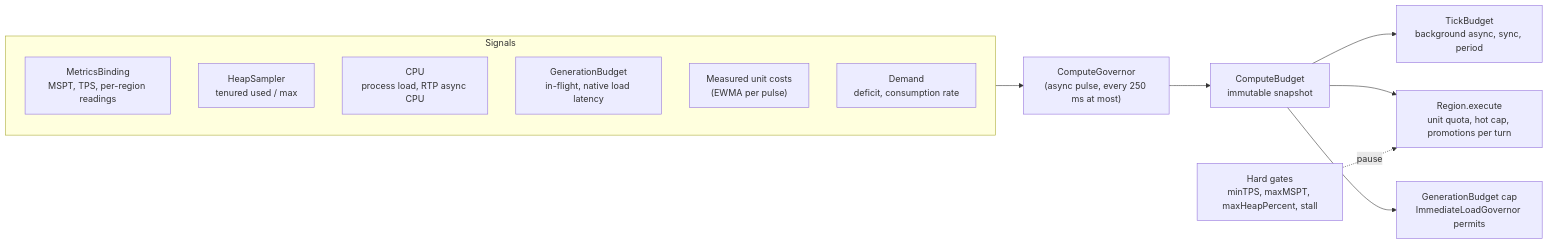
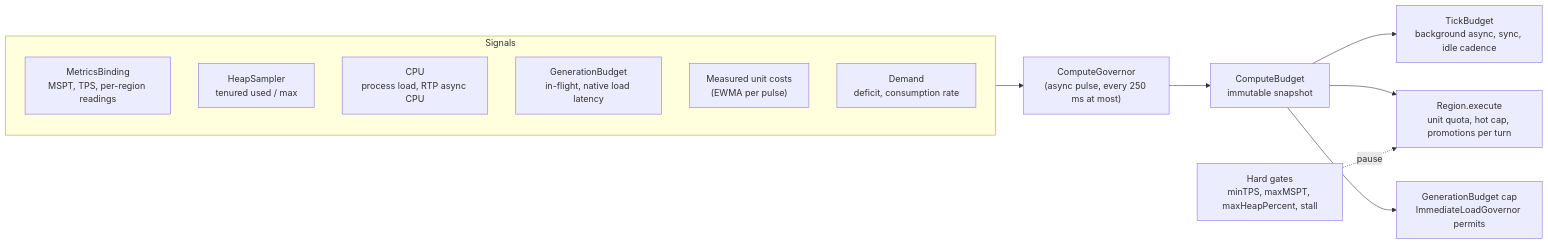
Before and after one commit to DailyStruggle/RTP: the diagram in docs/adr/ADR-087-adaptive-compute-governor.md, drawn with Mermaid. The commit also changed other lines of this file and 10 other files, not shown here.

````diff
--- a/docs/adr/ADR-087-adaptive-compute-governor.md
+++ b/docs/adr/ADR-087-adaptive-compute-governor.md
@@ -74,17 +75,17 @@
 ```mermaid
 flowchart LR
     subgraph Signals
         M["MetricsBinding<br/>MSPT, TPS, per-region readings"]
         H["HeapSampler<br/>tenured used / max"]
         P["CPU<br/>process load, RTP async CPU"]
         G["GenerationBudget<br/>in-flight, native load latency"]
         C["Measured unit costs<br/>(EWMA per pulse)"]
         D["Demand<br/>deficit, consumption rate"]
     end
     Signals --> CG["ComputeGovernor<br/>(async pulse, every 250 ms at most)"]
     CG --> B["ComputeBudget<br/>immutable snapshot"]
-    B --> TB["TickBudget<br/>background async, sync, period"]
+    B --> TB["TickBudget<br/>background async, sync, idle cadence"]
     B --> RG["Region.execute<br/>unit quota, hot cap, promotions per turn"]
     B --> GB["GenerationBudget cap<br/>ImmediateLoadGovernor permits"]
     HG["Hard gates<br/>minTPS, maxMSPT, maxHeapPercent, stall"] -. pause .-> RG
 ```
````
